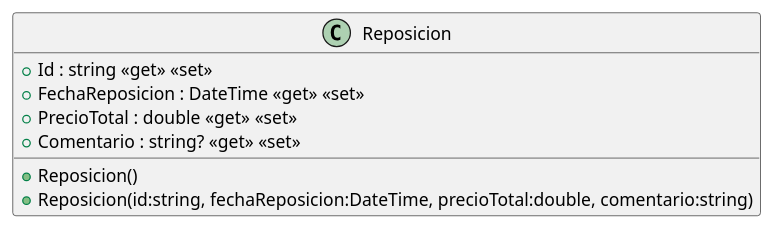
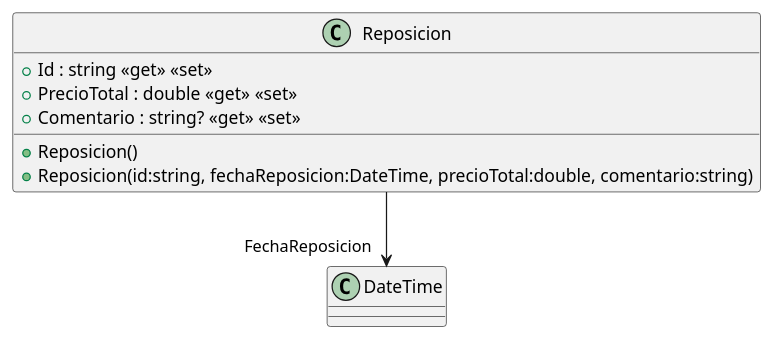
One commit to ISII2627LosElnes/ISII2627LosElnes changed the diagram in src/AppForSEII.API/ClassDiagram/Reposicion.puml. Above: the diagram before and after it, drawn with PlantUML. The commit also changed 7 other files, not shown here.

```diff
--- a/src/AppForSEII.API/ClassDiagram/Reposicion.puml
+++ b/src/AppForSEII.API/ClassDiagram/Reposicion.puml
@@ -1,10 +1,10 @@
 @startuml
 class Reposicion {
     + Reposicion()
     + Reposicion(id:string, fechaReposicion:DateTime, precioTotal:double, comentario:string)
     + Id : string <<get>> <<set>>
-    + FechaReposicion : DateTime <<get>> <<set>>
     + PrecioTotal : double <<get>> <<set>>
     + Comentario : string? <<get>> <<set>>
 }
+Reposicion --> "FechaReposicion" DateTime
 @enduml
```
